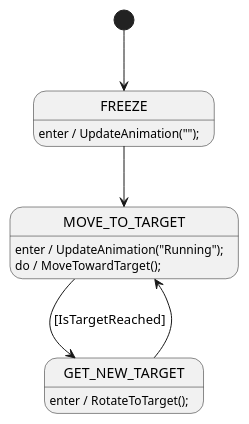
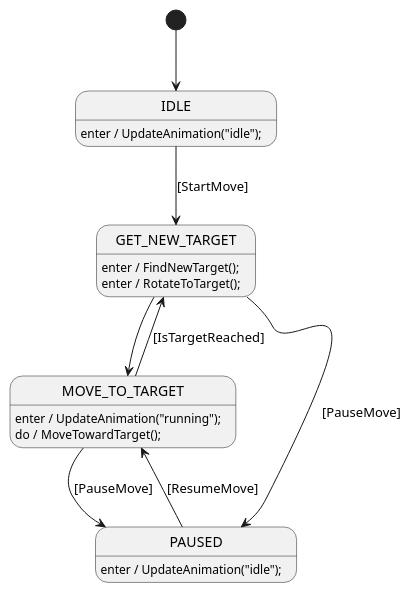
Before and after one commit to IAFahim/ASLTest: the diagram in Assets/Scripts/RunStateMachine/RunnerState.puml, drawn with PlantUML. The commit also changed 14 other files, not shown here.

```diff
--- a/Assets/Scripts/RunStateMachine/RunnerState.puml
+++ b/Assets/Scripts/RunStateMachine/RunnerState.puml
@@ -1,22 +1,27 @@
 @startuml
-[*] --> FREEZE
-FREEZE --> MOVE_TO_TARGET
+[*] --> IDLE
+IDLE --> GET_NEW_TARGET : [StartMove]
+GET_NEW_TARGET --> MOVE_TO_TARGET
 MOVE_TO_TARGET --> GET_NEW_TARGET : [IsTargetReached]
-GET_NEW_TARGET --> MOVE_TO_TARGET
-
-state FREEZE {
-  FREEZE : enter / UpdateAnimation("");
+GET_NEW_TARGET --> PAUSED : [PauseMove]
+MOVE_TO_TARGET --> PAUSED : [PauseMove]
+PAUSED --> MOVE_TO_TARGET : [ResumeMove]
+state IDLE {
+  IDLE : enter / UpdateAnimation("idle");
+}
+state MOVE_TO_TARGET {
+  MOVE_TO_TARGET : enter / UpdateAnimation("running");
+  MOVE_TO_TARGET : do / MoveTowardTarget();
+}
+state GET_NEW_TARGET {
+  GET_NEW_TARGET : enter / FindNewTarget();
+  GET_NEW_TARGET : enter / RotateToTarget();
+}
+state PAUSED {
+  PAUSED : enter / UpdateAnimation("idle");
 }
 
-state MOVE_TO_TARGET {
-  MOVE_TO_TARGET : enter / UpdateAnimation("Running");
-  MOVE_TO_TARGET : do / MoveTowardTarget();
-}
-
-state GET_NEW_TARGET {
-  GET_NEW_TARGET : enter / RotateToTarget();
-}
 /'! $CONFIG : toml
 SmRunnerSettings.transpilerId = "CSharp"
 '/
 @enduml
```
